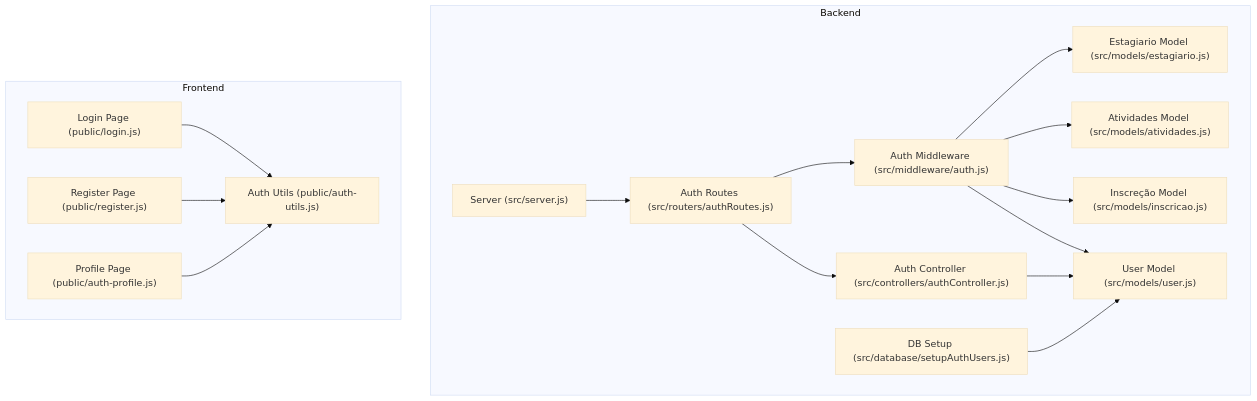
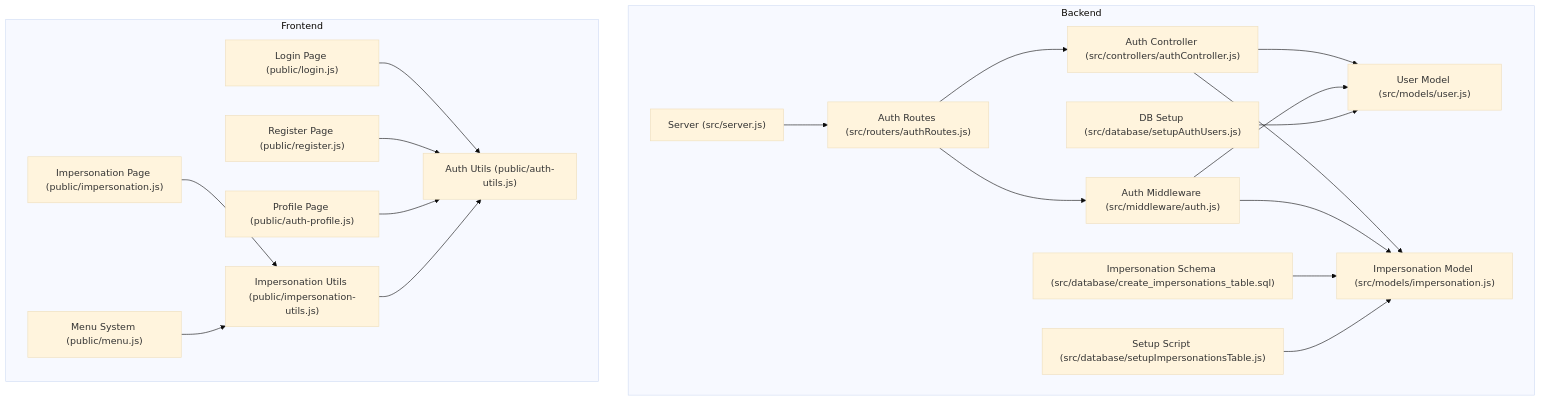
One commit to luiseduacosta/nodemural changed the first of 12 diagrams in .qoder/repowiki/en/content/Authentication & Authorization System/Authentication & Authorization System.md. Above: the diagram before and after it, drawn with Mermaid (base theme). The commit also changed other lines of this file and 30 other files, not shown here.

Commit message:
Update tables schema.

````diff
--- a/.qoder/repowiki/en/content/Authentication & Authorization System/Authentication & Authorization System.md
+++ b/.qoder/repowiki/en/content/Authentication & Authorization System/Authentication & Authorization System.md
@@ -47,32 +61,39 @@
 ```mermaid
 graph TB
 subgraph "Backend"
 S["Server (src/server.js)"]
 R["Auth Routes (src/routers/authRoutes.js)"]
 C["Auth Controller (src/controllers/authController.js)"]
 M["Auth Middleware (src/middleware/auth.js)"]
 U["User Model (src/models/user.js)"]
+IM["Impersonation Model (src/models/impersonation.js)"]
 DB["DB Setup (src/database/setupAuthUsers.js)"]
-IM["Inscreção Model (src/models/inscricao.js)"]
-AM["Atividades Model (src/models/atividades.js)"]
-EM["Estagiario Model (src/models/estagiario.js)"]
+DB2["Impersonation Schema (src/database/create_impersonations_table.sql)"]
+DB3["Setup Script (src/database/setupImpersonationsTable.js)"]
 end
 subgraph "Frontend"
 L["Login Page (public/login.js)"]
 RG["Register Page (public/register.js)"]
 AU["Auth Utils (public/auth-utils.js)"]
+IPU["Impersonation Utils (public/impersonation-utils.js)"]
+IP["Impersonation Page (public/impersonation.js)"]
+MENU["Menu System (public/menu.js)"]
 AP["Profile Page (public/auth-profile.js)"]
 end
 S --> R
 R --> C
 R --> M
 C --> U
+C --> IM
 M --> U
 M --> IM
-M --> AM
-M --> EM
 DB --> U
+DB2 --> IM
+DB3 --> IM
 L --> AU
 RG --> AU
 AP --> AU
+IP --> IPU
+IPU --> AU
+MENU --> IPU
 ```
````
